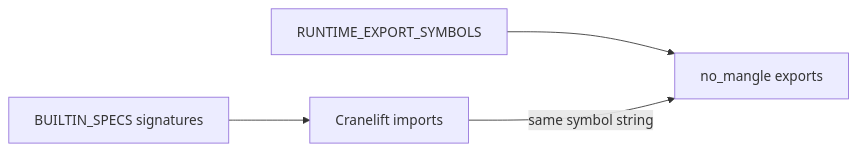
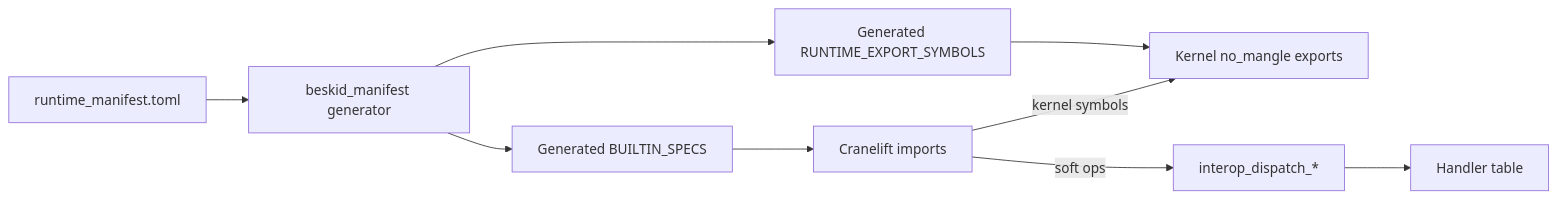
Before and after one commit to Cyber-Nomad-Collective/beskid: the diagram in site/website/src/content/docs/platform-spec/execution/abi-and-host/builtins-and-symbols/design-model.mdx, drawn with Mermaid. The commit also changed other lines of this file and 32 other files, not shown here.

````diff
--- a/site/website/src/content/docs/platform-spec/execution/abi-and-host/builtins-and-symbols/design-model.mdx
+++ b/site/website/src/content/docs/platform-spec/execution/abi-and-host/builtins-and-symbols/design-model.mdx
@@ -61,10 +61,19 @@
 ```mermaid
 flowchart LR
-  specs[BUILTIN_SPECS signatures]
-  names[RUNTIME_EXPORT_SYMBOLS]
+  manifest[runtime_manifest.toml]
+  gen[beskid_manifest generator]
+  specs[Generated BUILTIN_SPECS]
+  names[Generated RUNTIME_EXPORT_SYMBOLS]
   clif[Cranelift imports]
-  nm[no_mangle exports]
+  kernel[Kernel no_mangle exports]
+  dispatch[interop_dispatch_*]
+  handlers[Handler table]
+  manifest --> gen
+  gen --> specs
+  gen --> names
   specs --> clif
-  names --> nm
-  clif -->|same symbol string| nm
+  names --> kernel
+  clif -->|kernel symbols| kernel
+  clif -->|soft ops| dispatch
+  dispatch --> handlers
 ```
````
